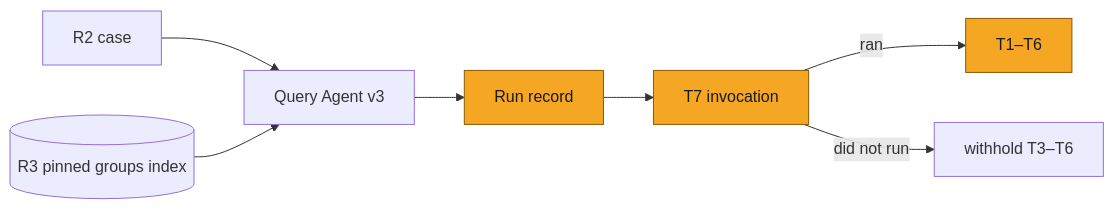
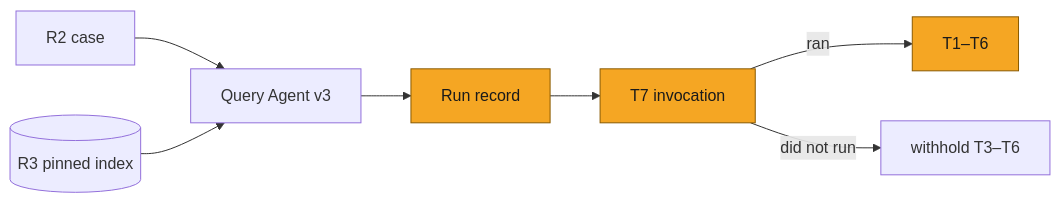
Before and after one commit to Solstice-Health/engineering-specs: the first of 6 diagrams in plans/SOL-3155-claim-retrieval-evals.md, drawn with Mermaid. The commit also changed other lines of this file, not shown here.

````diff
--- a/plans/SOL-3155-claim-retrieval-evals.md
+++ b/plans/SOL-3155-claim-retrieval-evals.md
@@ -89,10 +85,10 @@
 ```mermaid
 flowchart LR
     classDef delta fill:#F5A623,stroke:#8A5A00,color:#1A1A1A
     Case["R2 case"] --> V3["Query Agent v3"]
-    R3[("R3 pinned groups index")] --> V3
+    R3[("R3 pinned index")] --> V3
     V3 --> Rec["Run record"]:::delta
     Rec --> T7["T7 invocation"]:::delta
     T7 -->|"ran"| Rest["T1–T6"]:::delta
     T7 -->|"did not run"| Stop["withhold T3–T6"]
 ```
````
